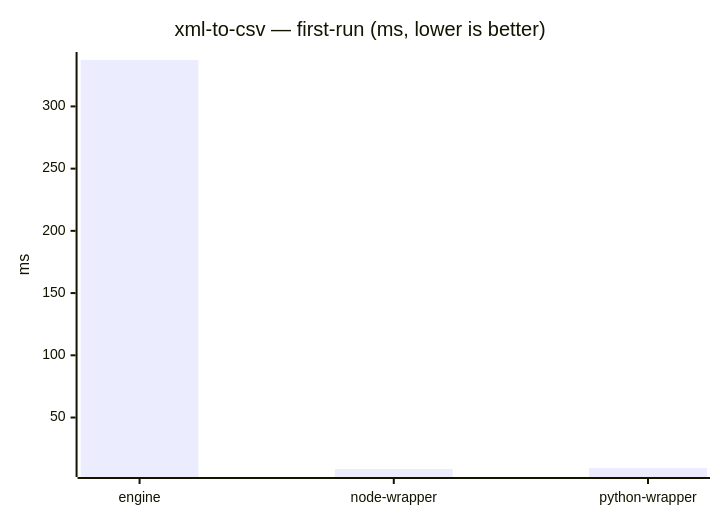
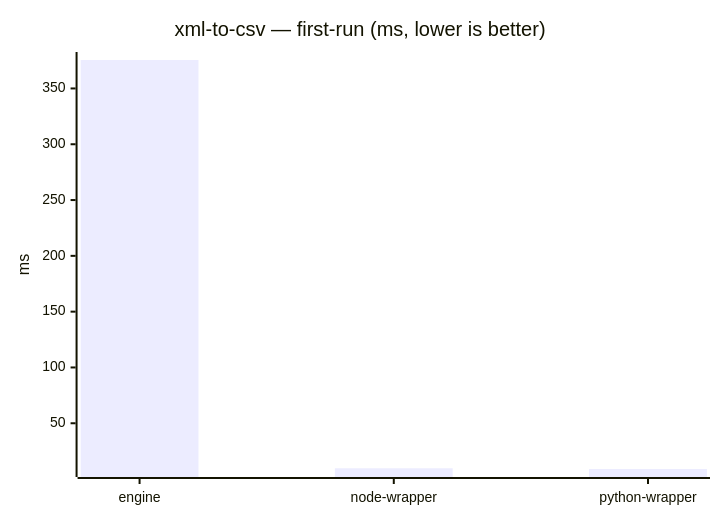
The ninth of 23 diagrams in benchmarks/report/RESULTS.md (mulesoft/data-weave-cli), drawn with Mermaid before and after one commit. The commit also changed other lines of this file, not shown here.

````diff
--- a/benchmarks/report/RESULTS.md
+++ b/benchmarks/report/RESULTS.md
@@ -118,7 +116,7 @@
 ```mermaid
 xychart-beta
     title "xml-to-csv — first-run (ms, lower is better)"
     x-axis ["engine", "node-wrapper", "python-wrapper"]
     y-axis "ms"
-    bar [337.29, 8.633, 9.483]
+    bar [375.49, 9.671, 9.014]
 ```
````
